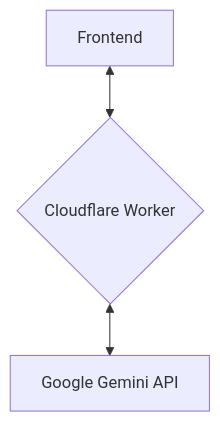
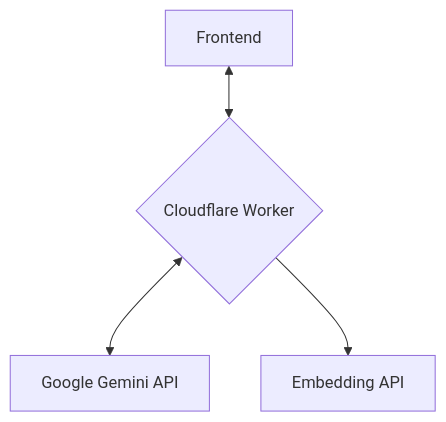
Before and after one commit to Gmpho/AI-powered-Static-portfolio: the second of 3 diagrams in docs/MCP.md, drawn with Mermaid. The commit also changed other lines of this file and 50 other files, not shown here.

````diff
--- a/docs/MCP.md
+++ b/docs/MCP.md
@@ -24,4 +24,5 @@
 ```mermaid
 graph TD
     A[Frontend] <--> B{Cloudflare Worker} <--> C[Google Gemini API];
+    B --> D[Embedding API];
 ```
````
